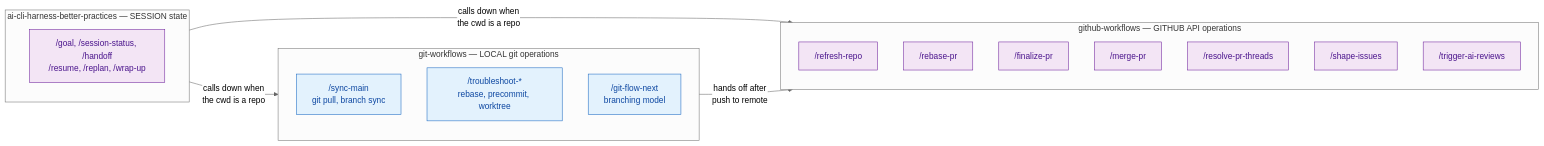
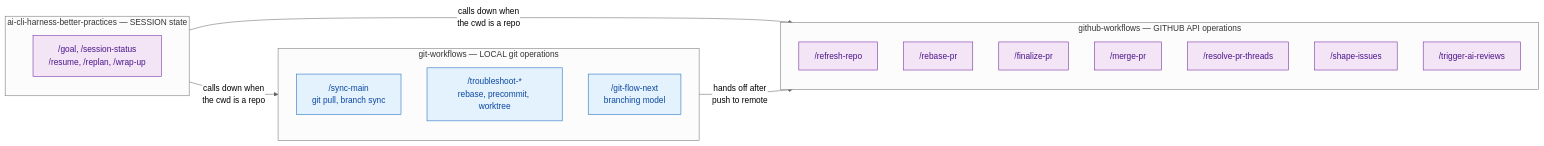
Before and after one commit to dryvist/claude-code-plugins: the second of 2 diagrams in git-workflows/ARCHITECTURE.md, drawn with Mermaid (neutral theme). The commit also changed other lines of this file and 19 other files, not shown here.

First line of the commit message:
refactor(skills): use external handoff workflow

````diff
--- a/git-workflows/ARCHITECTURE.md
+++ b/git-workflows/ARCHITECTURE.md
@@ -47,32 +47,32 @@
 ```mermaid
 flowchart LR
     classDef ai fill:#e3f2fd,stroke:#1565c0,color:#0d47a1
     classDef external fill:#f3e5f5,stroke:#6a1b9a,color:#4a148c
 
     subgraph harness["ai-cli-harness-better-practices — SESSION state"]
         direction TB
-        cont["/goal, /session-status, /handoff\n/resume, /replan, /wrap-up"]:::external
+        cont["/goal, /session-status\n/resume, /replan, /wrap-up"]:::external
     end
 
     subgraph local["git-workflows — LOCAL git operations"]
         direction TB
         sync_main["/sync-main\ngit pull, branch sync"]:::ai
         ts["/troubleshoot-*\nrebase, precommit, worktree"]:::ai
         git_flow["/git-flow-next\nbranching model"]:::ai
     end
 
     subgraph remote["github-workflows — GITHUB API operations"]
         direction TB
         refresh_repo["/refresh-repo"]:::external
         rebase_pr["/rebase-pr"]:::external
         finalize_pr["/finalize-pr"]:::external
         merge_pr["/merge-pr"]:::external
         resolve_threads["/resolve-pr-threads"]:::external
         shape_issues["/shape-issues"]:::external
         trigger_reviews["/trigger-ai-reviews"]:::external
     end
 
     harness -- "calls down when\nthe cwd is a repo" --> local
     harness -- "calls down when\nthe cwd is a repo" --> remote
     local -- "hands off after\npush to remote" --> remote
 ```
````
